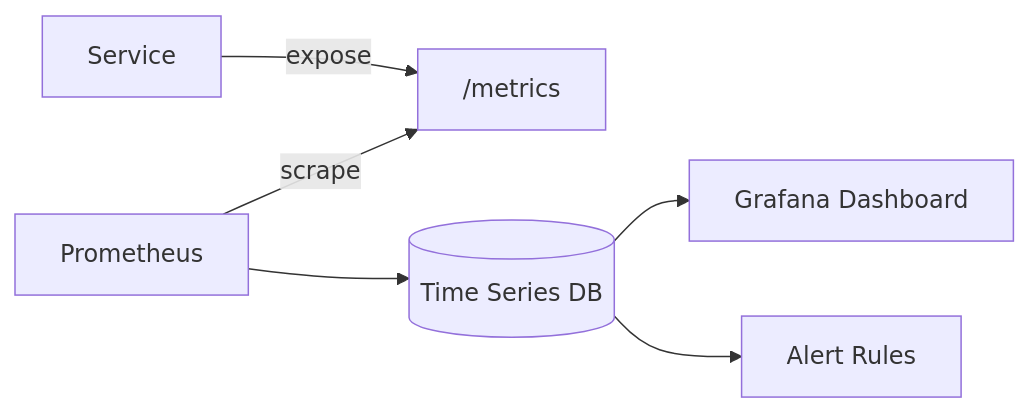
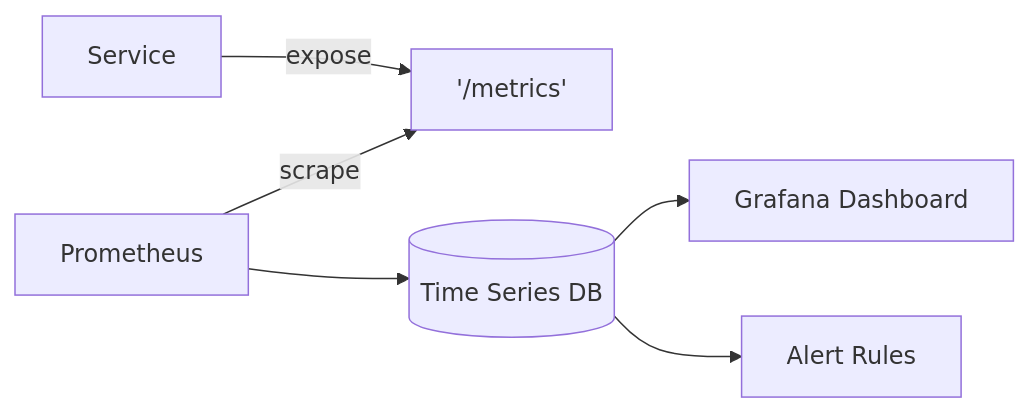
One commit to hareramcse/SystemDesign changed the fifth of 20 diagrams in 09-observability/README.md. Above: the diagram before and after it, drawn with Mermaid. The commit also changed other lines of this file and 14 other files, not shown here.

````diff
--- a/09-observability/README.md
+++ b/09-observability/README.md
@@ -236,8 +236,8 @@
 ```mermaid
 flowchart LR
-    S[Service] -->|expose| EP["/metrics"]
+    S[Service] -->|expose| EP['/metrics']
     P[Prometheus] -->|scrape| EP
     P --> TSDB[(Time Series DB)]
     TSDB --> G[Grafana Dashboard]
     TSDB --> R[Alert Rules]
 ```
````
